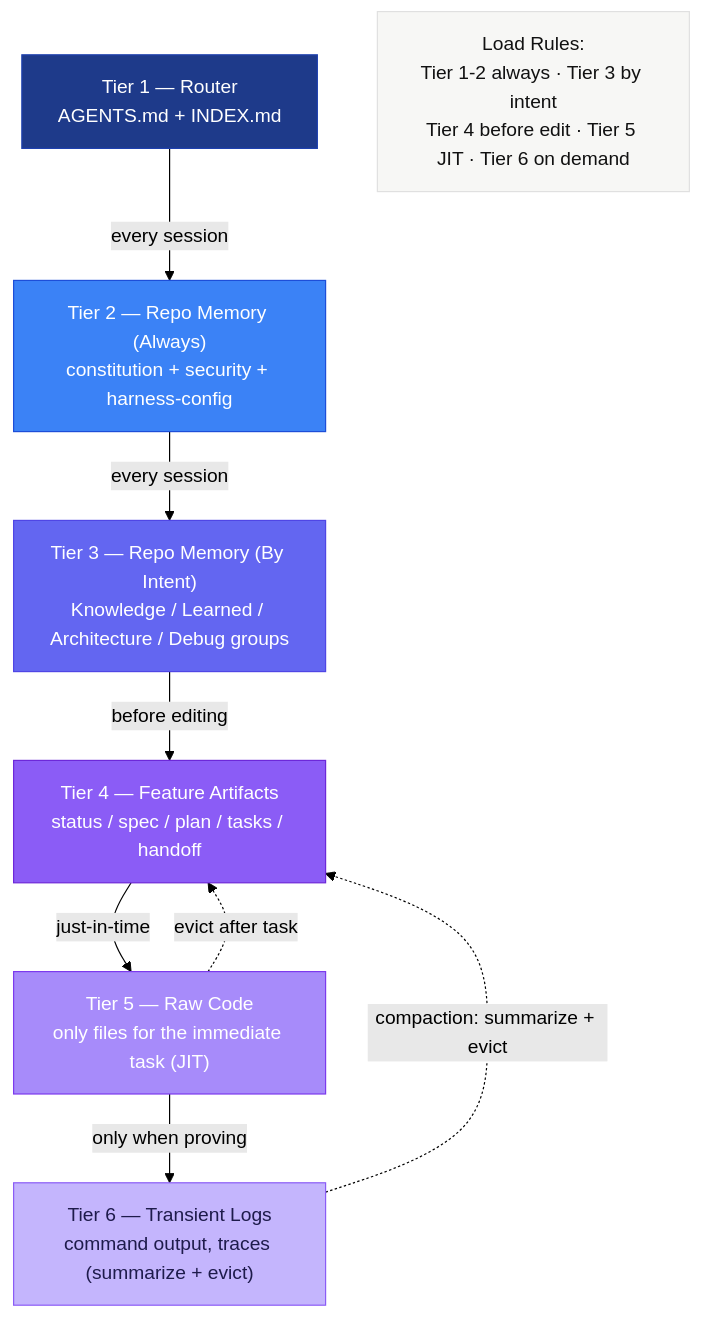
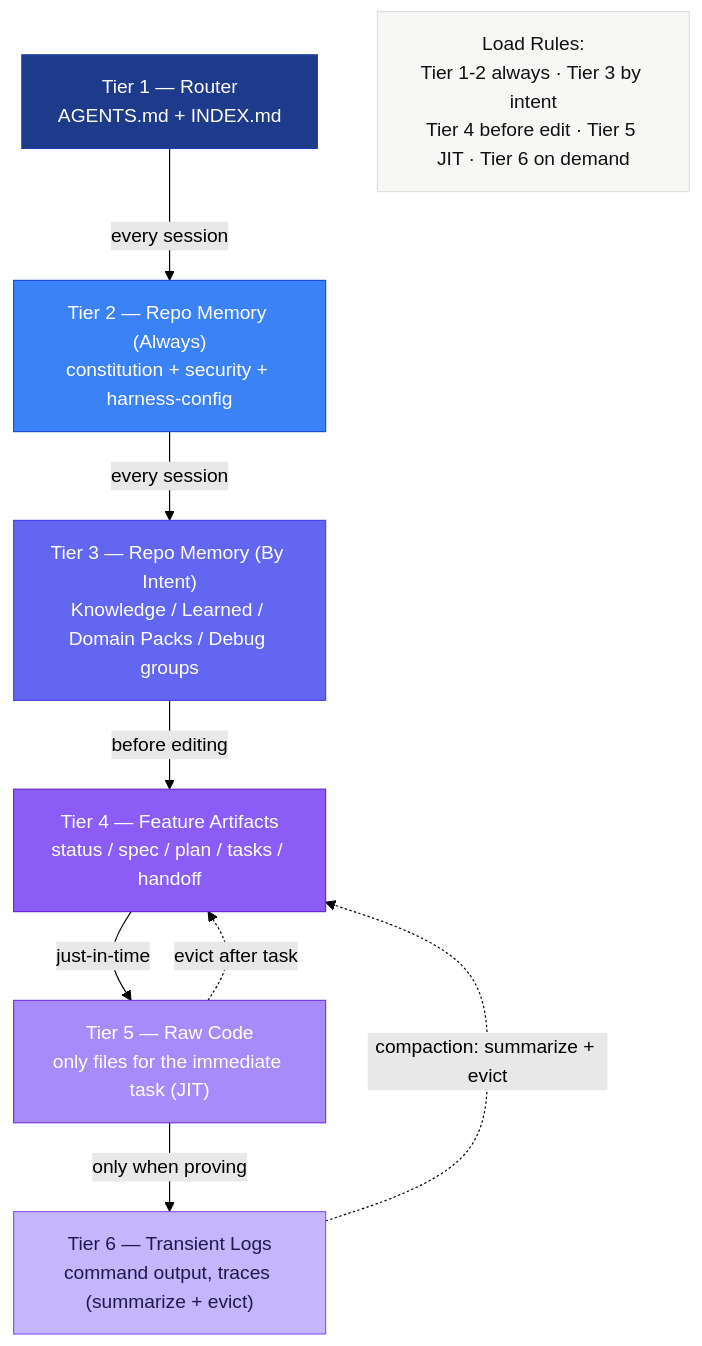
Before and after one commit to thaihai-swe/CoreZero-Nexus: the first of 3 diagrams in documents/context-engineering.md, drawn with Mermaid (forest theme). The commit also changed other lines of this file and 52 other files, not shown here.

````diff
--- a/documents/context-engineering.md
+++ b/documents/context-engineering.md
@@ -11,30 +11,30 @@
 ```mermaid
 flowchart TB
     %% 6-Tier Context Assembly — highest signal to lowest
 
     T1["Tier 1 — Router<br/>AGENTS.md + INDEX.md"]:::t1
     T2["Tier 2 — Repo Memory (Always)<br/>constitution + security + harness-config"]:::t2
-    T3["Tier 3 — Repo Memory (By Intent)<br/>Knowledge / Learned / Architecture / Debug groups"]:::t3
+    T3["Tier 3 — Repo Memory (By Intent)<br/>Knowledge / Learned / Domain Packs / Debug groups"]:::t3
     T4["Tier 4 — Feature Artifacts<br/>status / spec / plan / tasks / handoff"]:::t4
     T5["Tier 5 — Raw Code<br/>only files for the immediate task (JIT)"]:::t5
     T6["Tier 6 — Transient Logs<br/>command output, traces (summarize + evict)"]:::t6
 
     T1 -->|every session| T2
     T2 -->|every session| T3
     T3 -->|before editing| T4
     T4 -->|just-in-time| T5
     T5 -->|only when proving| T6
 
     T6 -.->|compaction: summarize + evict| T4
     T5 -.->|evict after task| T4
 
     LOAD["Load Rules:<br/>Tier 1-2 always · Tier 3 by intent<br/>Tier 4 before edit · Tier 5 JIT · Tier 6 on demand"]:::note
 
     classDef t1 fill:#1e3a8a,stroke:#1e40af,color:#fff
     classDef t2 fill:#3b82f6,stroke:#1d4ed8,color:#fff
     classDef t3 fill:#6366f1,stroke:#4f46e5,color:#fff
     classDef t4 fill:#8b5cf6,stroke:#6d28d9,color:#fff
     classDef t5 fill:#a78bfa,stroke:#7c3aed,color:#fff
     classDef t6 fill:#c4b5fd,stroke:#8b5cf6,color:#1e1b4b
     classDef note fill:#f7f7f5,stroke:#e0e0e0,color:#111
 ```
````
